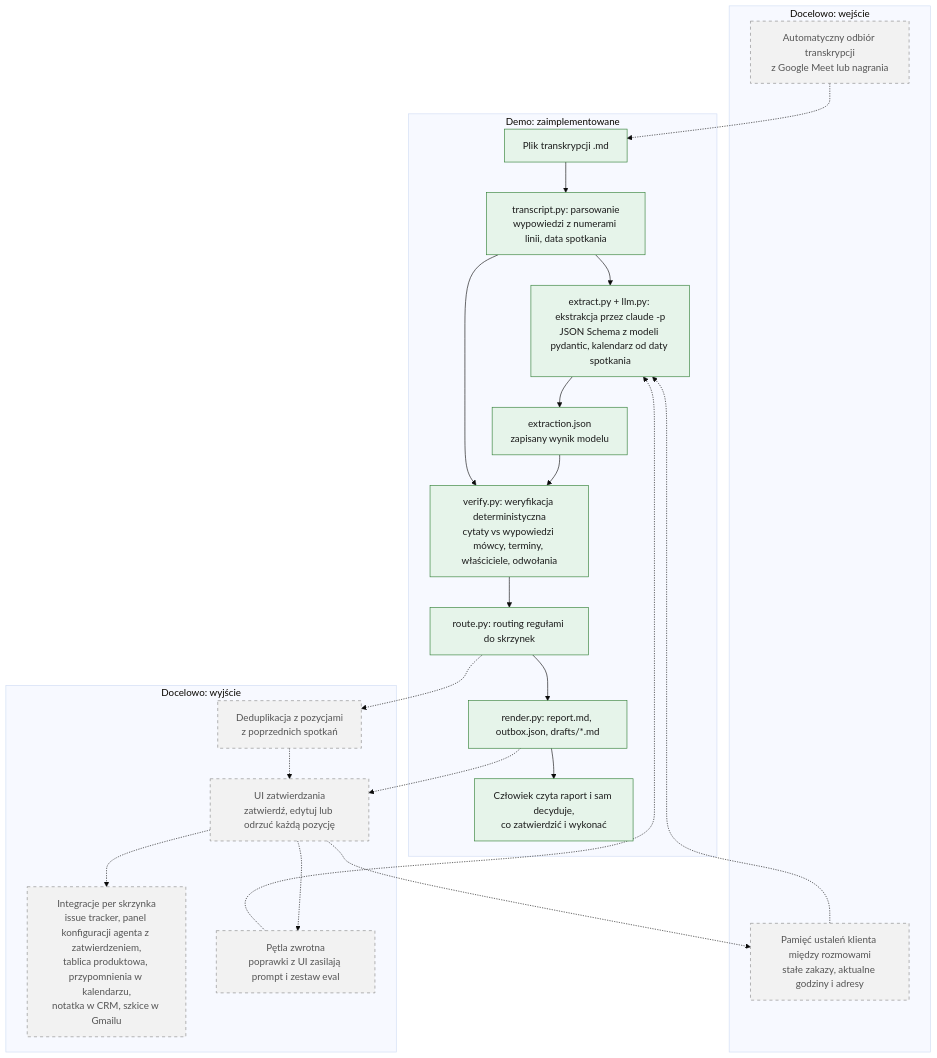
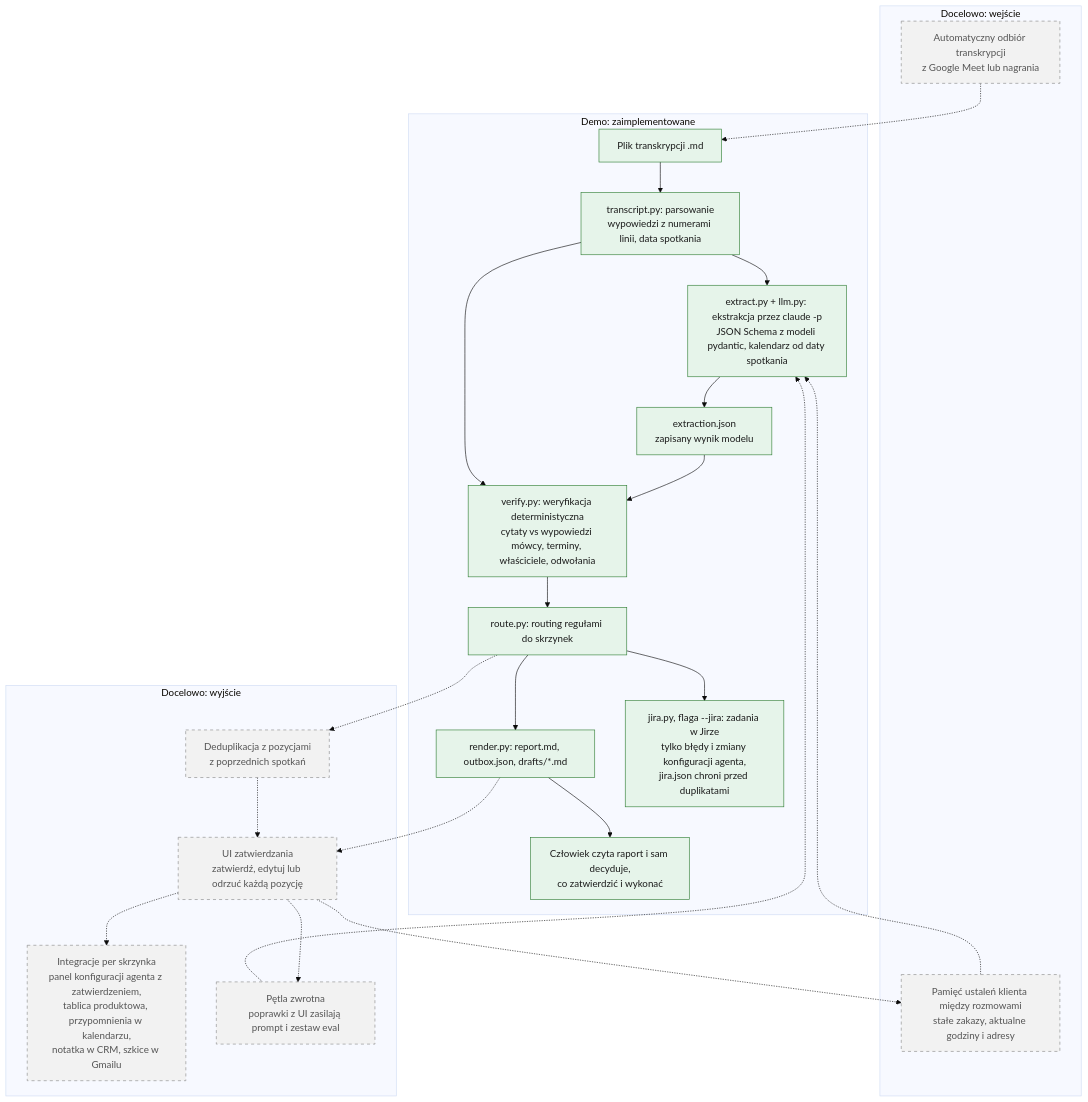
One commit to MaciejZiel/recruitment-task changed the first of 2 diagrams in docs/process.md. Above: the diagram before and after it, drawn with Mermaid (base theme). The commit also changed other lines of this file, not shown here.

First line of the commit message:
Describe the Jira integration and current numbers in the prototype

````diff
--- a/docs/process.md
+++ b/docs/process.md
@@ -19,48 +19,50 @@
 ```mermaid
 flowchart TD
     subgraph FUTURE_IN["Docelowo: wejście"]
         MEET["Automatyczny odbiór transkrypcji<br/>z Google Meet lub nagrania"]
         MEM["Pamięć ustaleń klienta między rozmowami<br/>stałe zakazy, aktualne godziny i adresy"]
     end
 
     subgraph DEMO["Demo: zaimplementowane"]
         T["Plik transkrypcji .md"]
         P["transcript.py: parsowanie<br/>wypowiedzi z numerami linii, data spotkania"]
         E["extract.py + llm.py: ekstrakcja przez claude -p<br/>JSON Schema z modeli pydantic, kalendarz od daty spotkania"]
         J["extraction.json<br/>zapisany wynik modelu"]
         V["verify.py: weryfikacja deterministyczna<br/>cytaty vs wypowiedzi mówcy, terminy, właściciele, odwołania"]
         R["route.py: routing regułami do skrzynek"]
         OUT["render.py: report.md, outbox.json, drafts/*.md"]
+        JIRA["jira.py, flaga --jira: zadania w Jirze<br/>tylko błędy i zmiany konfiguracji agenta,<br/>jira.json chroni przed duplikatami"]
         H["Człowiek czyta raport i sam decyduje,<br/>co zatwierdzić i wykonać"]
     end
 
     subgraph FUTURE_OUT["Docelowo: wyjście"]
         DEDUP["Deduplikacja z pozycjami<br/>z poprzednich spotkań"]
         UI["UI zatwierdzania<br/>zatwierdź, edytuj lub odrzuć każdą pozycję"]
-        INT["Integracje per skrzynka<br/>issue tracker, panel konfiguracji agenta z zatwierdzeniem,<br/>tablica produktowa, przypomnienia w kalendarzu,<br/>notatka w CRM, szkice w Gmailu"]
+        INT["Integracje per skrzynka<br/>panel konfiguracji agenta z zatwierdzeniem,<br/>tablica produktowa, przypomnienia w kalendarzu,<br/>notatka w CRM, szkice w Gmailu"]
         FB["Pętla zwrotna<br/>poprawki z UI zasilają prompt i zestaw eval"]
     end
 
     MEET -.-> T
     T --> P
     P --> E
     MEM -.-> E
     E --> J
     J --> V
     P --> V
     V --> R
     R --> OUT
+    R --> JIRA
     OUT --> H
     R -.-> DEDUP
     DEDUP -.-> UI
     OUT -.-> UI
     UI -.-> INT
     UI -.-> FB
     FB -.-> E
     UI -.-> MEM
 
     classDef impl fill:#e6f4ea,stroke:#2e7d32,color:#1b1b1b
     classDef future fill:#f2f2f2,stroke:#888888,stroke-dasharray:5 5,color:#555555
-    class T,P,E,J,V,R,OUT,H impl
+    class T,P,E,J,V,R,OUT,JIRA,H impl
     class MEET,MEM,DEDUP,UI,INT,FB future
 ```
````
